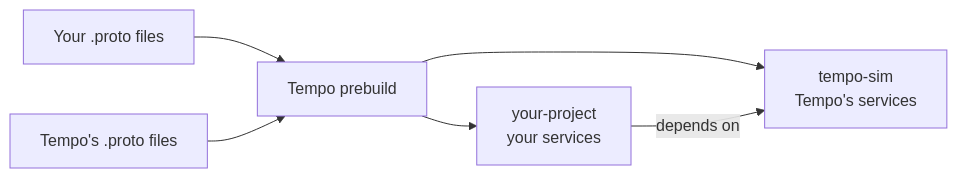
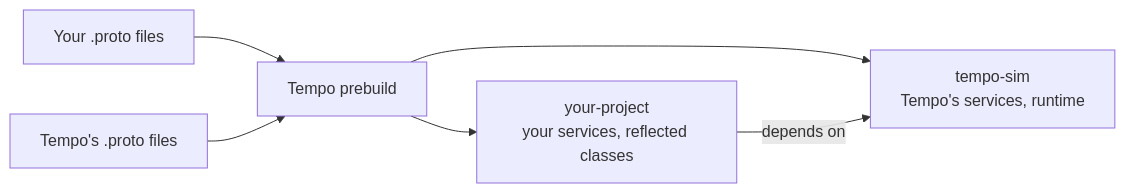
One commit to tempo-sim/Tempo changed the diagram in docs/clients/index.md. Above: the diagram before and after it, drawn with Mermaid. The commit also changed other lines of this file and 168 other files, not shown here.

Commit message:
Add Tempo "Reflected" API: Generated Python, Rust and C++ Classes via Unreal Reflection (#615)

````diff
--- a/docs/clients/index.md
+++ b/docs/clients/index.md
@@ -92,8 +100,8 @@
 ```mermaid
 graph LR
     PROTOS[Your .proto files] --> BUILD[Tempo prebuild]
     TPROTOS[Tempo's .proto files] --> BUILD
-    BUILD --> TS[tempo-sim<br/>Tempo's services]
-    BUILD --> PS[your-project<br/>your services]
+    BUILD --> TS[tempo-sim<br/>Tempo's services, runtime]
+    BUILD --> PS[your-project<br/>your services, reflected classes]
     PS -->|depends on| TS
 ```
````
